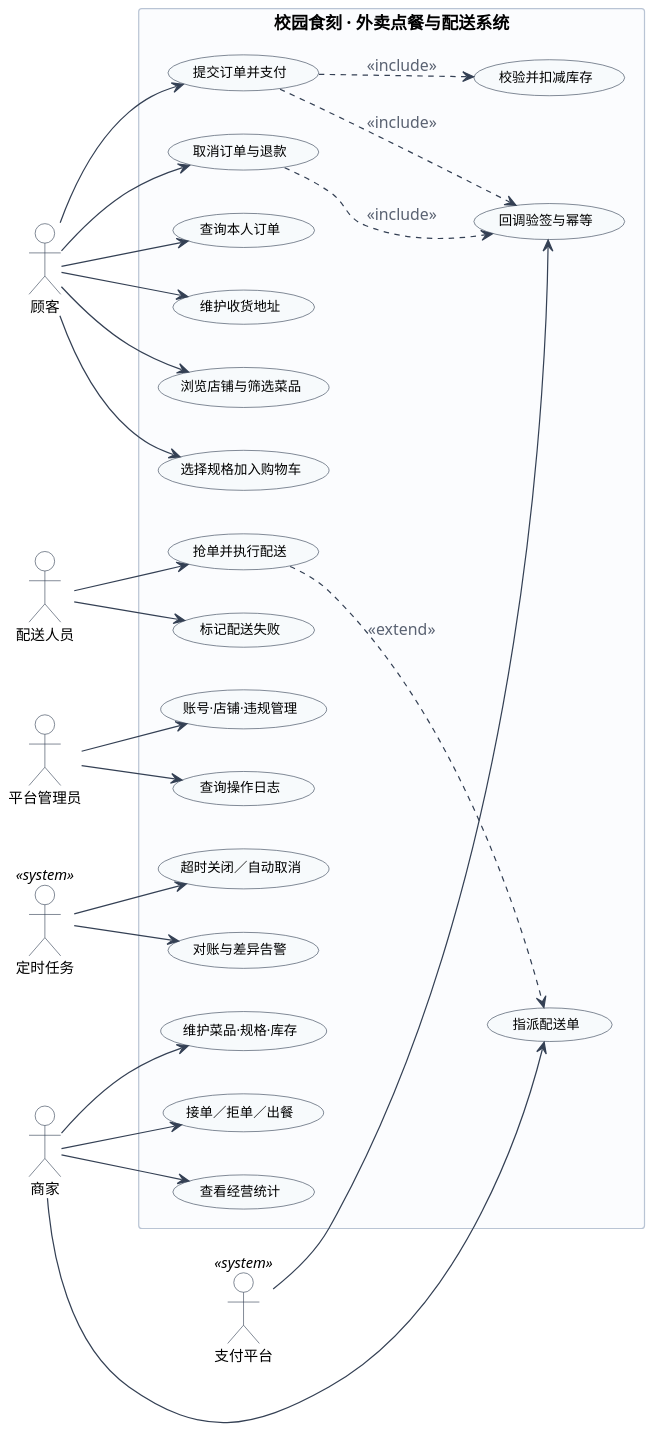
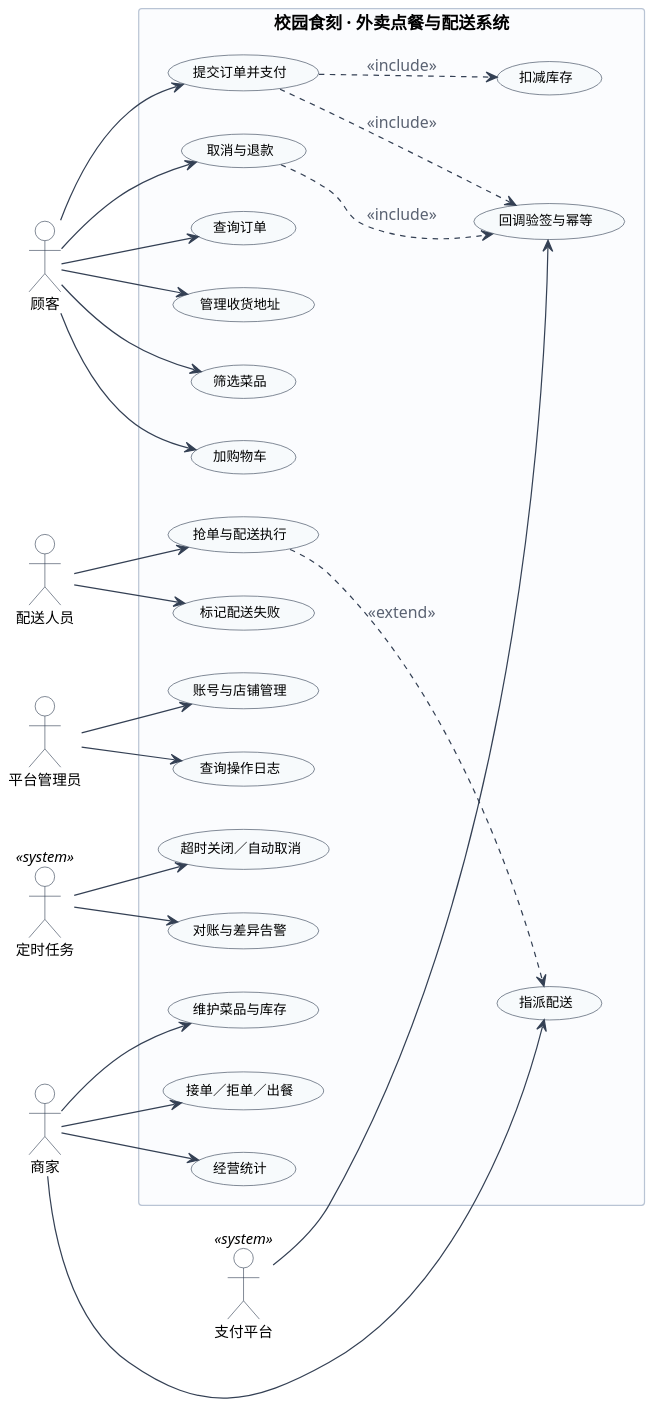
One commit to yui060814zwp-creator/SE-lab changed the diagram in lab2/UML/UML用例图.puml. Above: the diagram before and after it, drawn with PlantUML. The commit also changed 21 other files, not shown here.

Commit message:
lab2: 按评审意见重画 UML，补足三类图（11 张，类图拆为交易域与账号商品域）

```diff
--- a/lab2/UML/UML用例图.puml
+++ b/lab2/UML/UML用例图.puml
@@ -1,81 +1,81 @@
 @startuml UML用例图
 skinparam defaultFontName "Microsoft YaHei"
 skinparam shadowing false
 skinparam ArrowColor #344054
 skinparam ArrowFontColor #5A6272
 skinparam dpi 150
 skinparam usecase {
   BackgroundColor #F7FAFC
   BorderColor #344054
   FontSize 11
 }
 skinparam actor {
   BackgroundColor #FFFFFF
   BorderColor #344054
   FontSize 12
 }
 skinparam rectangle {
   BackgroundColor #FBFCFE
   BorderColor #B9C4D4
 }
 left to right direction
 
 actor "顾客" as 顾客
 actor "商家" as 商家
 actor "配送人员" as 配送
 actor "平台管理员" as 管理员
 actor "支付平台" as 支付 <<system>>
 actor "定时任务" as 定时 <<system>>
 
 rectangle "校园食刻 · 外卖点餐与配送系统" {
-  usecase "浏览店铺与筛选菜品" as UC02
-  usecase "选择规格加入购物车" as UC03
+  usecase "筛选菜品" as UC02
+  usecase "加购物车" as UC03
   usecase "提交订单并支付" as UC04
-  usecase "校验并扣减库存" as UC06
-  usecase "取消订单与退款" as UC07
-  usecase "查询本人订单" as UC08
-  usecase "维护收货地址" as UC09
+  usecase "扣减库存" as UC06
+  usecase "取消与退款" as UC07
+  usecase "查询订单" as UC08
+  usecase "管理收货地址" as UC09
 
-  usecase "维护菜品·规格·库存" as UC11
+  usecase "维护菜品与库存" as UC11
   usecase "接单／拒单／出餐" as UC12
-  usecase "指派配送单" as UC13
-  usecase "查看经营统计" as UC14
+  usecase "指派配送" as UC13
+  usecase "经营统计" as UC14
 
-  usecase "抢单并执行配送" as UC15
+  usecase "抢单与配送执行" as UC15
   usecase "标记配送失败" as UC16
 
-  usecase "账号·店铺·违规管理" as UC17
+  usecase "账号与店铺管理" as UC17
   usecase "查询操作日志" as UC18
 
   usecase "回调验签与幂等" as UC21
   usecase "超时关闭／自动取消" as UC20
   usecase "对账与差异告警" as UC22
 }
 
 顾客 --> UC02
 顾客 --> UC03
 顾客 --> UC04
 顾客 --> UC07
 顾客 --> UC08
 顾客 --> UC09
 
 商家 --> UC11
 商家 --> UC12
 商家 --> UC13
 商家 --> UC14
 
 配送 --> UC15
 配送 --> UC16
 
 管理员 --> UC17
 管理员 --> UC18
 
 支付 --> UC21
 定时 --> UC20
 定时 --> UC22
 
 UC04 ..> UC06 : <<include>>
 UC04 ..> UC21 : <<include>>
 UC07 ..> UC21 : <<include>>
 UC15 ..> UC13 : <<extend>>
 @enduml
```
